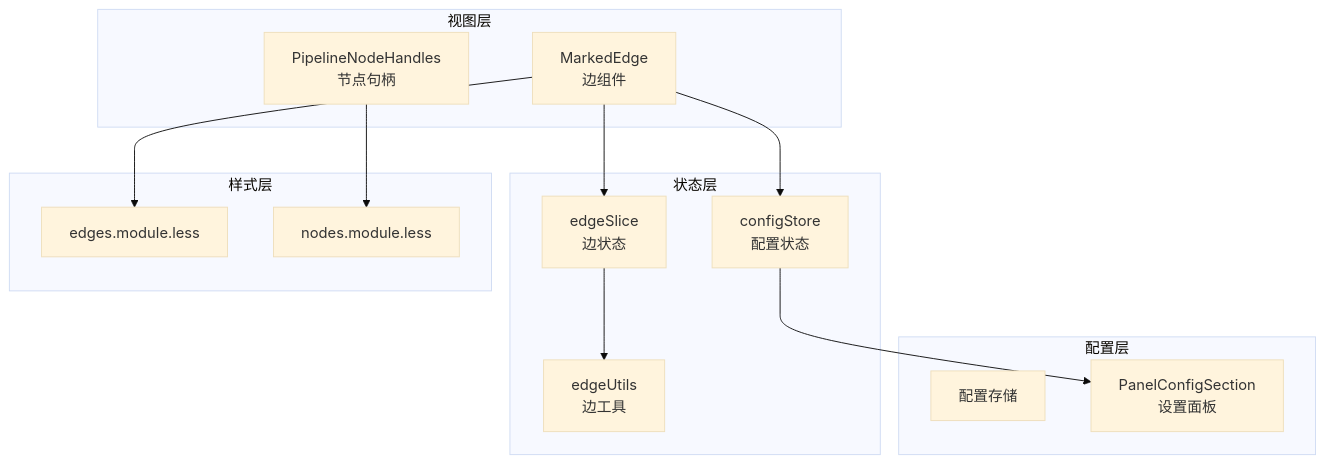
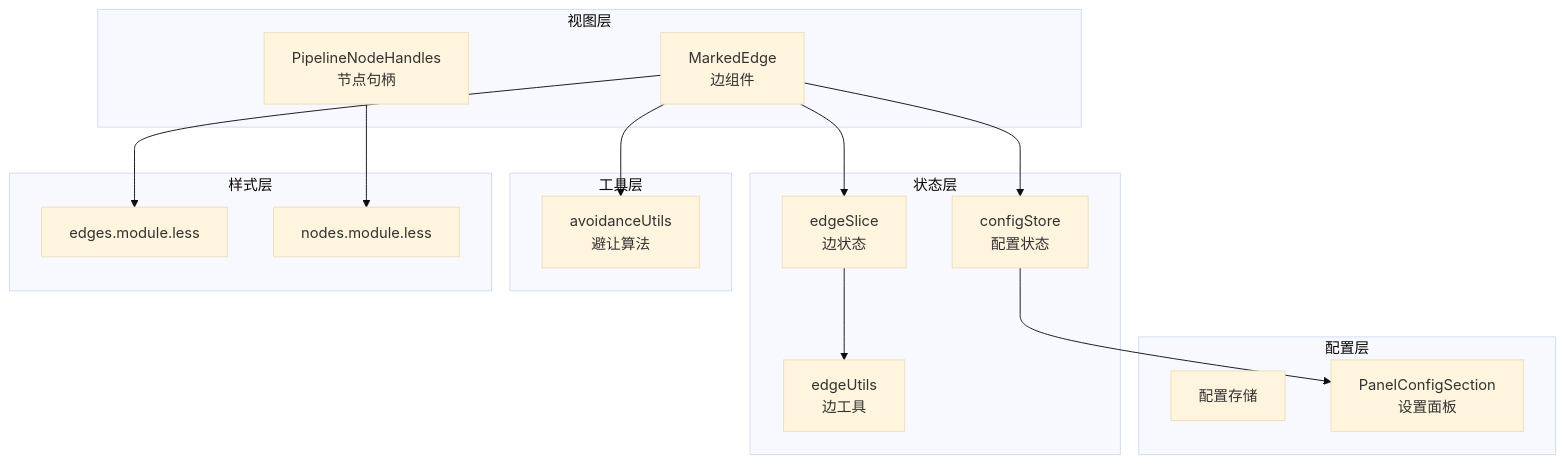
One commit to kqcoxn/MaaPipelineEditor changed the first of 6 diagrams in .qoder/repowiki/zh/content/工作流编辑器/连接系统.md. Above: the diagram before and after it, drawn with Mermaid (base theme). The commit also changed other lines of this file and 19 other files, not shown here.

````diff
--- a/.qoder/repowiki/zh/content/工作流编辑器/连接系统.md
+++ b/.qoder/repowiki/zh/content/工作流编辑器/连接系统.md
@@ -59,26 +61,30 @@
 ```mermaid
 graph TB
 subgraph "视图层"
 E["MarkedEdge<br/>边组件"]
 H["PipelineNodeHandles<br/>节点句柄"]
 end
 subgraph "状态层"
 ES["edgeSlice<br/>边状态"]
 EU["edgeUtils<br/>边工具"]
 CS["configStore<br/>配置状态"]
+end
+subgraph "工具层"
+AU["avoidanceUtils<br/>避让算法"]
 end
 subgraph "样式层"
 EM["edges.module.less"]
 NM["nodes.module.less"]
 end
 subgraph "配置层"
 CFG["配置存储"]
 PC["PanelConfigSection<br/>设置面板"]
 end
 E --> ES
 E --> EM
 E --> CS
+E --> AU
 H --> NM
 ES --> EU
 CS --> PC
 ```
````
